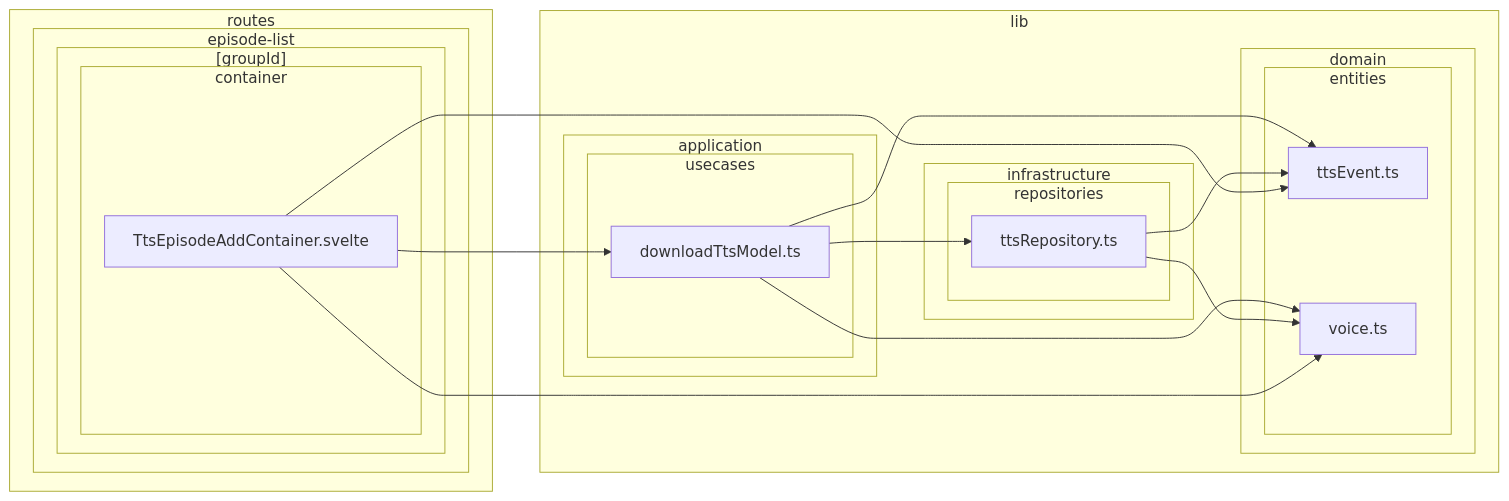
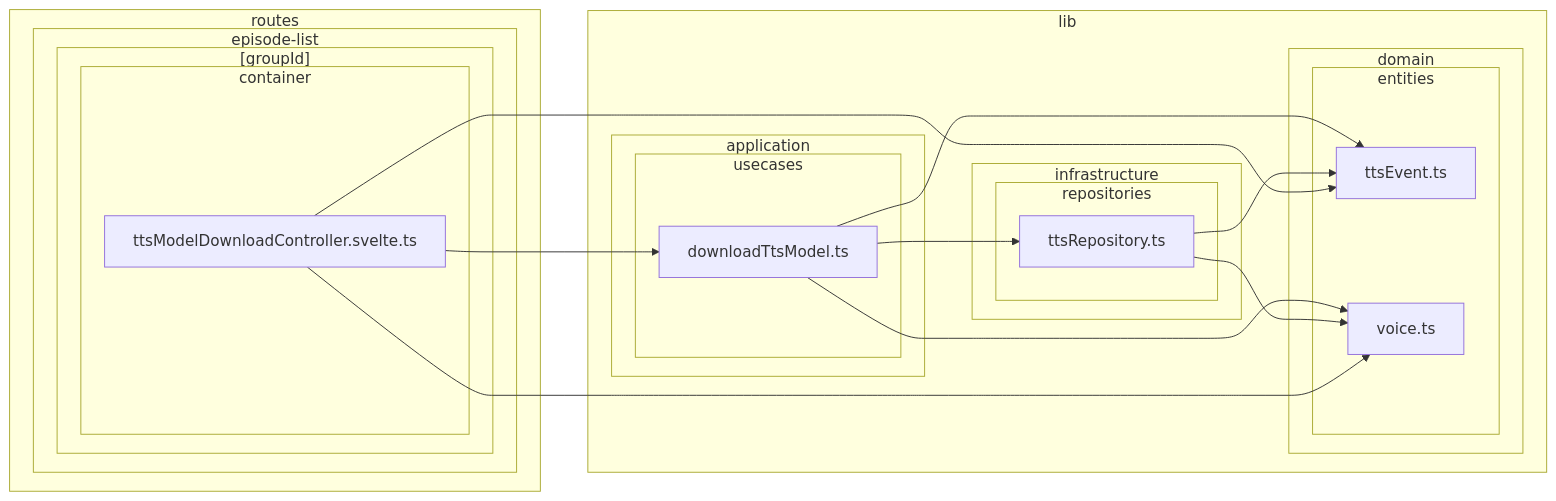
Diagram 12 of 38 in doc/dependency-graph.md (k5n/kotonoha), drawn with Mermaid before and after one commit. The commit also changed other lines of this file and 3 other files, not shown here.

Commit message:
refactor: implement TTS execution and model download controllers for improved modularity

````diff
--- a/doc/dependency-graph.md
+++ b/doc/dependency-graph.md
@@ -541,38 +545,38 @@
 ```mermaid
 graph LR
         subgraph sg_lib ["lib"]
             subgraph sg_lib_application ["application"]
                 subgraph sg_lib_application_usecases ["usecases"]
                     src_lib_application_usecases_downloadTtsModel_ts["downloadTtsModel.ts"]
                 end
             end
             subgraph sg_lib_domain ["domain"]
                 subgraph sg_lib_domain_entities ["entities"]
                     src_lib_domain_entities_ttsEvent_ts["ttsEvent.ts"]
                     src_lib_domain_entities_voice_ts["voice.ts"]
                 end
             end
             subgraph sg_lib_infrastructure ["infrastructure"]
                 subgraph sg_lib_infrastructure_repositories ["repositories"]
                     src_lib_infrastructure_repositories_ttsRepository_ts["ttsRepository.ts"]
                 end
             end
         end
         subgraph sg_routes ["routes"]
             subgraph sg_routes_episode_list ["episode-list"]
                 subgraph sg_routes_episode_list__groupId_ ["[groupId]"]
                     subgraph sg_routes_episode_list__groupId__container ["container"]
-                        src_routes_episode_list__groupId__container_TtsEpisodeAddContainer_svelte["TtsEpisodeAddContainer.svelte"]
+                        src_routes_episode_list__groupId__container_ttsModelDownloadController_svelte_ts["ttsModelDownloadController.svelte.ts"]
                     end
                 end
             end
         end
     src_lib_application_usecases_downloadTtsModel_ts --> src_lib_domain_entities_ttsEvent_ts
     src_lib_application_usecases_downloadTtsModel_ts --> src_lib_domain_entities_voice_ts
     src_lib_application_usecases_downloadTtsModel_ts --> src_lib_infrastructure_repositories_ttsRepository_ts
     src_lib_infrastructure_repositories_ttsRepository_ts --> src_lib_domain_entities_ttsEvent_ts
     src_lib_infrastructure_repositories_ttsRepository_ts --> src_lib_domain_entities_voice_ts
-    src_routes_episode_list__groupId__container_TtsEpisodeAddContainer_svelte --> src_lib_application_usecases_downloadTtsModel_ts
-    src_routes_episode_list__groupId__container_TtsEpisodeAddContainer_svelte --> src_lib_domain_entities_ttsEvent_ts
-    src_routes_episode_list__groupId__container_TtsEpisodeAddContainer_svelte --> src_lib_domain_entities_voice_ts
+    src_routes_episode_list__groupId__container_ttsModelDownloadController_svelte_ts --> src_lib_application_usecases_downloadTtsModel_ts
+    src_routes_episode_list__groupId__container_ttsModelDownloadController_svelte_ts --> src_lib_domain_entities_ttsEvent_ts
+    src_routes_episode_list__groupId__container_ttsModelDownloadController_svelte_ts --> src_lib_domain_entities_voice_ts
 ```
````
